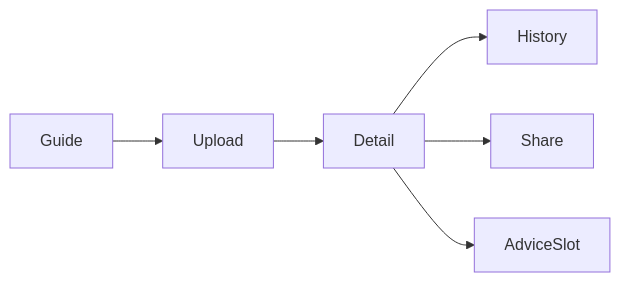
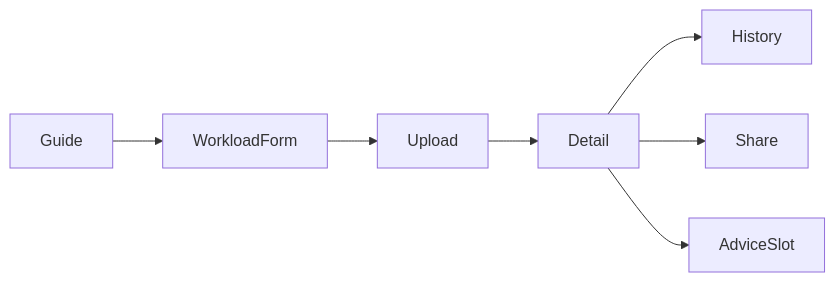
Before and after one commit to opendiamonds/cloud-360: the diagram in aidlc/spaces/default/intents/260916-estimate-upload-rework/construction/estimate-workspace-ui/functional-design/functional-spec.md, drawn with Mermaid. The commit also changed other lines of this file and 58 other files, not shown here.

````diff
--- a/aidlc/spaces/default/intents/260916-estimate-upload-rework/construction/estimate-workspace-ui/functional-design/functional-spec.md
+++ b/aidlc/spaces/default/intents/260916-estimate-upload-rework/construction/estimate-workspace-ui/functional-design/functional-spec.md
@@ -30,8 +31,9 @@
 ```mermaid
 flowchart LR
-  Guide --> Upload
+  Guide --> WorkloadForm
+  WorkloadForm --> Upload
   Upload --> Detail
   Detail --> History
   Detail --> Share
   Detail --> AdviceSlot
 ```
````
